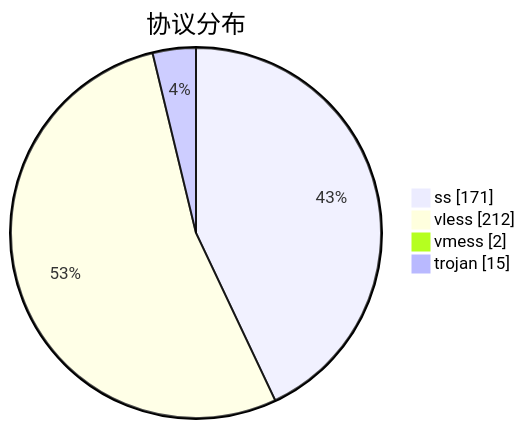
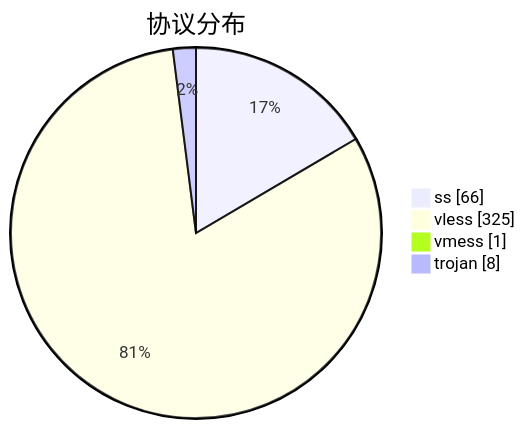
The third of 3 diagrams in subs/statistics/tested_within.md (qjlxg/airport), drawn with Mermaid before and after one commit. The commit also changed other lines of this file and 2 other files, not shown here.

````diff
--- a/subs/statistics/tested_within.md
+++ b/subs/statistics/tested_within.md
@@ -37,8 +36,8 @@
 ```mermaid
 pie showData
 title 协议分布
-"ss" : 171
-"vless" : 212
-"vmess" : 2
-"trojan" : 15
+"ss" : 66
+"vless" : 325
+"vmess" : 1
+"trojan" : 8
 ```
````
